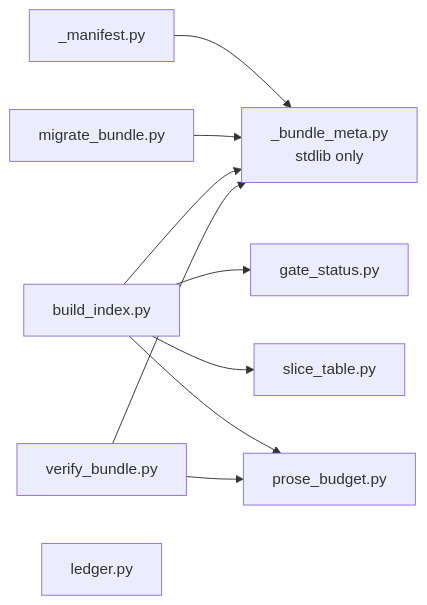
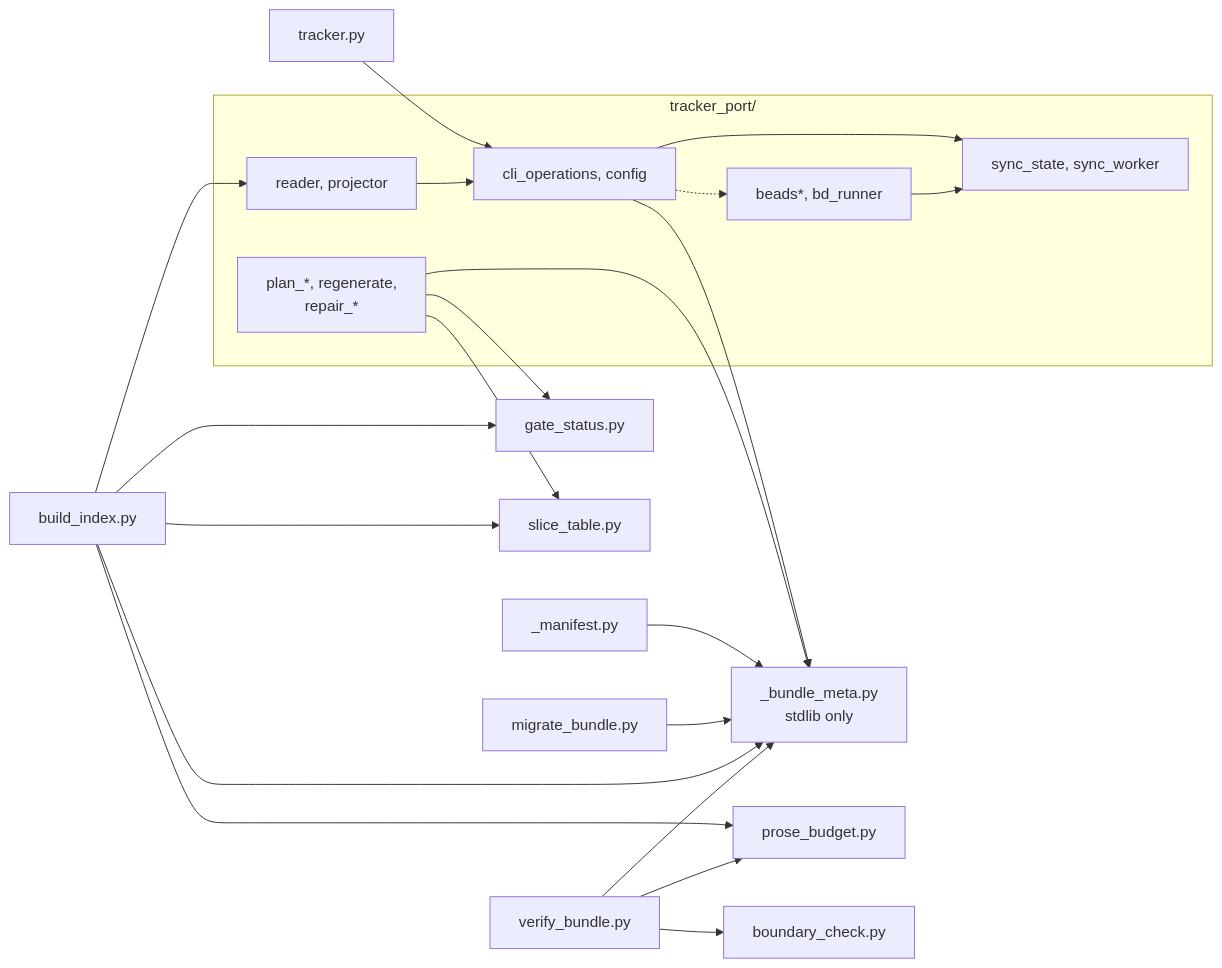
Before and after one commit to bjornslib/cobuilder-plugin: the second of 2 diagrams in docs/architecture/contexts/shared/canvas.md, drawn with Mermaid. The commit also changed other lines of this file and 18 other files, not shown here.

````diff
--- a/docs/architecture/contexts/shared/canvas.md
+++ b/docs/architecture/contexts/shared/canvas.md
@@ -108,21 +127,40 @@
 ```mermaid
 flowchart LR
     bm["_bundle_meta.py<br/>stdlib only"]
     mf["_manifest.py"]
     bi["build_index.py"]
     vb["verify_bundle.py"]
     mg["migrate_bundle.py"]
     gs["gate_status.py"]
     st["slice_table.py"]
-    lg["ledger.py"]
     pb["prose_budget.py"]
+    bc["boundary_check.py"]
+    tc["tracker.py"]
+    subgraph tp["tracker_port/"]
+        co["cli_operations, config"]
+        rd["reader, projector"]
+        pr["plan_*, regenerate,<br/>repair_*"]
+        bd["beads*, bd_runner"]
+        sy["sync_state, sync_worker"]
+    end
 
     mf --> bm
     mg --> bm
     bi --> bm
     bi --> gs
     bi --> st
     bi --> pb
+    bi --> rd
     vb --> bm
     vb --> pb
+    vb --> bc
+    tc --> co
+    co --> bm
+    co --> sy
+    rd --> co
+    pr --> gs
+    pr --> st
+    pr --> bm
+    co -.-> bd
+    bd --> sy
 ```
````
